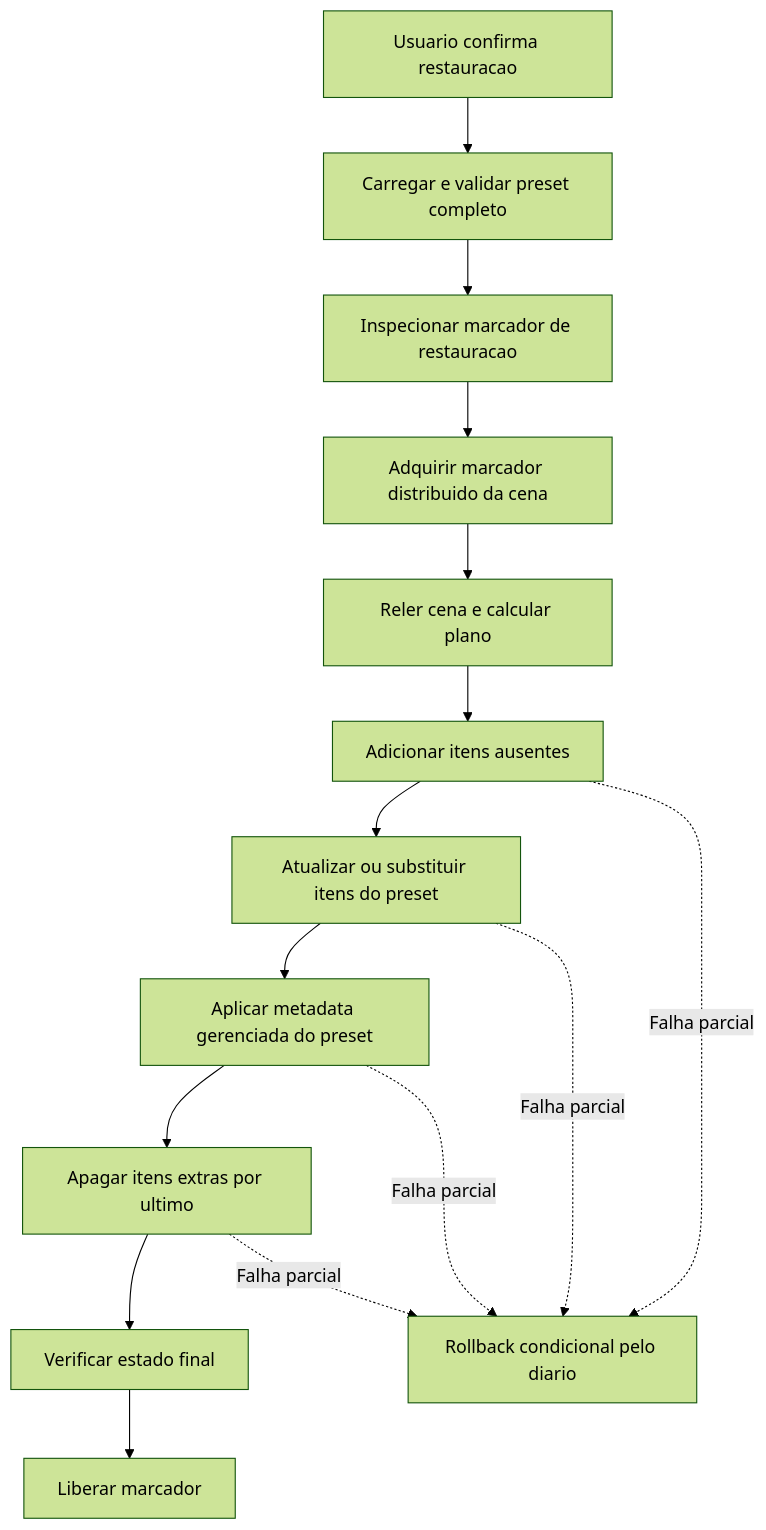
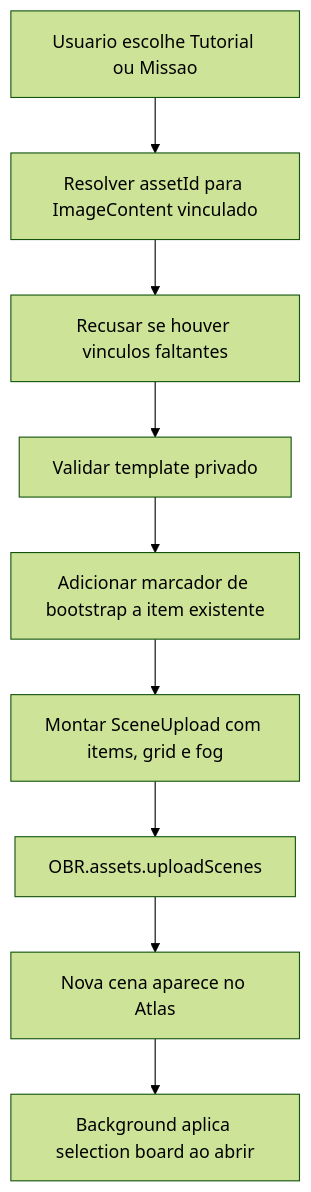
Before and after one commit to DemonRider0/Double-Sided-Cards: the sixth of 9 diagrams in docs/ARCHITECTURE.md, drawn with Mermaid (forest theme). The commit also changed other lines of this file and 25 other files, not shown here.

````diff
--- a/docs/ARCHITECTURE.md
+++ b/docs/ARCHITECTURE.md
@@ -171,17 +171,11 @@
 ```mermaid
 flowchart TD
-  A["Usuario confirma restauracao"] --> B["Carregar e validar preset completo"]
-  B --> C["Inspecionar marcador de restauracao"]
-  C --> D["Adquirir marcador distribuido da cena"]
-  D --> E["Reler cena e calcular plano"]
-  E --> F["Adicionar itens ausentes"]
-  F --> G["Atualizar ou substituir itens do preset"]
-  G --> H["Aplicar metadata gerenciada do preset"]
-  H --> I["Apagar itens extras por ultimo"]
-  I --> J["Verificar estado final"]
-  J --> K["Liberar marcador"]
-  F -. "Falha parcial" .-> L["Rollback condicional pelo diario"]
-  G -. "Falha parcial" .-> L
-  H -. "Falha parcial" .-> L
-  I -. "Falha parcial" .-> L
+  A["Usuario escolhe Tutorial ou Missao"] --> B["Resolver assetId para ImageContent vinculado"]
+  B --> C["Recusar se houver vinculos faltantes"]
+  C --> D["Validar template privado"]
+  D --> E["Adicionar marcador de bootstrap a item existente"]
+  E --> F["Montar SceneUpload com items, grid e fog"]
+  F --> G["OBR.assets.uploadScenes"]
+  G --> H["Nova cena aparece no Atlas"]
+  H --> I["Background aplica selection board ao abrir"]
 ```
````
